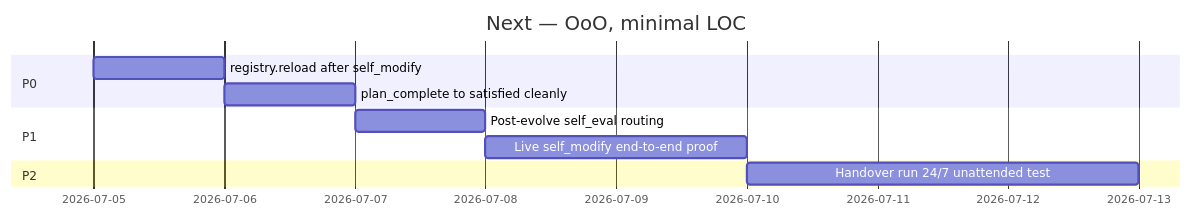
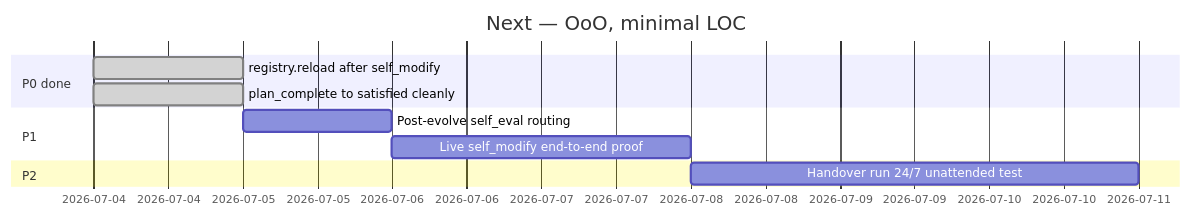
The fifth of 5 diagrams in README.md (wgabrys88/endgame-ai), drawn with Mermaid before and after one commit. The commit also changed other lines of this file and 3 other files, not shown here.

Commit message:
feat: registry hot-swap after evolution; plan_complete reaches satisfied at max_ticks

````diff
--- a/README.md
+++ b/README.md
@@ -180,13 +182,13 @@
 ```mermaid
 gantt
     title Next — OoO, minimal LOC
     dateFormat YYYY-MM-DD
-    section P0
-    registry.reload after self_modify     :a1, 2026-07-05, 1d
-    plan_complete to satisfied cleanly    :a2, after a1, 1d
+    section P0 done
+    registry.reload after self_modify     :done, 2026-07-04, 1d
+    plan_complete to satisfied cleanly    :done, 2026-07-04, 1d
     section P1
-    Post-evolve self_eval routing         :b1, after a2, 1d
+    Post-evolve self_eval routing         :b1, 2026-07-05, 1d
     Live self_modify end-to-end proof     :b2, after b1, 2d
     section P2
     Handover run 24/7 unattended test     :c1, after b2, 3d
 ```
````
